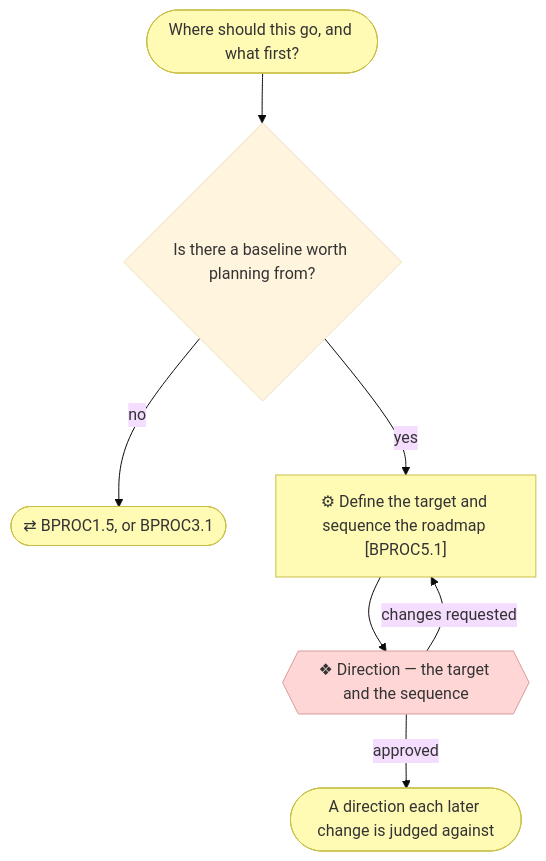
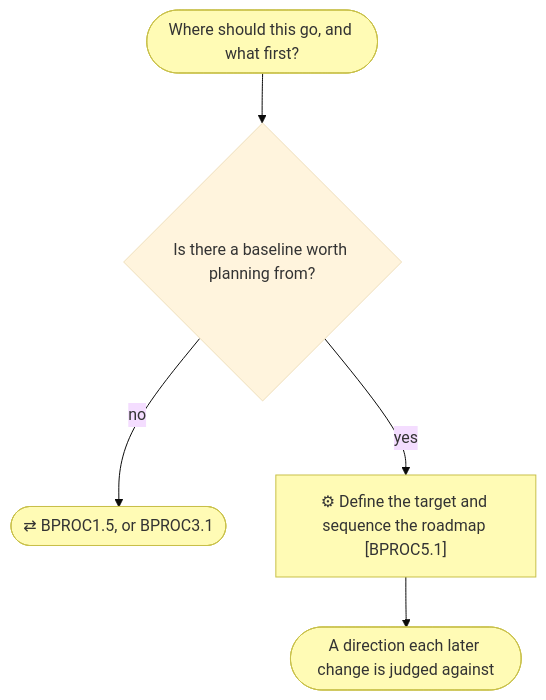
Before and after one commit to roanboc/archreator: the second of 5 diagrams in docs/process/1_level-1-macro-processes.md, drawn with Mermaid (base theme). The commit also changed other lines of this file and 49 other files, not shown here.

````diff
--- a/docs/process/1_level-1-macro-processes.md
+++ b/docs/process/1_level-1-macro-processes.md
@@ -71,20 +60,15 @@
 ```mermaid
 flowchart TD
   ask(["Where should this go, and what first?"])
   base{"Is there a baseline worth planning from?"}
   back(["⇄ BPROC1.5, or BPROC3.1"])
   p51["⚙ Define the target and sequence the roadmap [BPROC5.1]"]
-  g1{{"❖ Direction — the target and the sequence"}}
   road(["A direction each later change is judged against"])
 
   ask --> base
   base -->|no| back
-  base -->|yes| p51 --> g1
-  g1 -->|changes requested| p51
-  g1 -->|approved| road
+  base -->|yes| p51 --> road
 
   classDef business fill:#fffbb5,stroke:#c8c04a,color:#333
-  classDef implementation fill:#ffd6d6,stroke:#d99b9b,color:#333
   class p51,ask,back,road business
-  class g1 implementation
 ```
````
